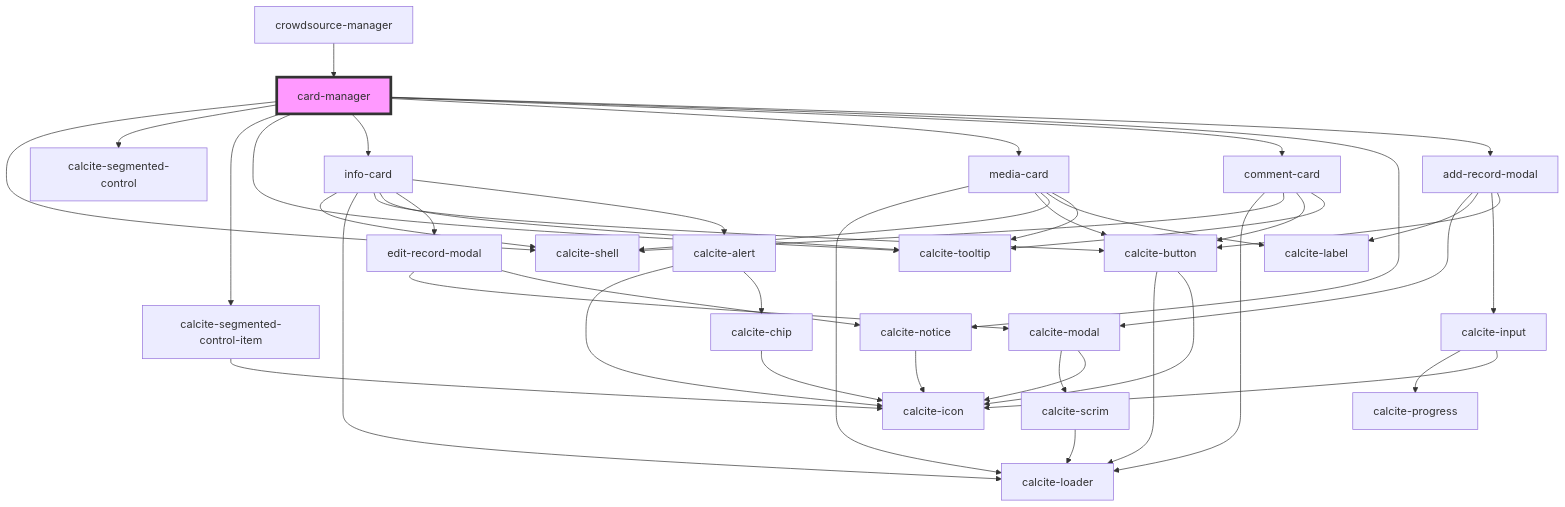
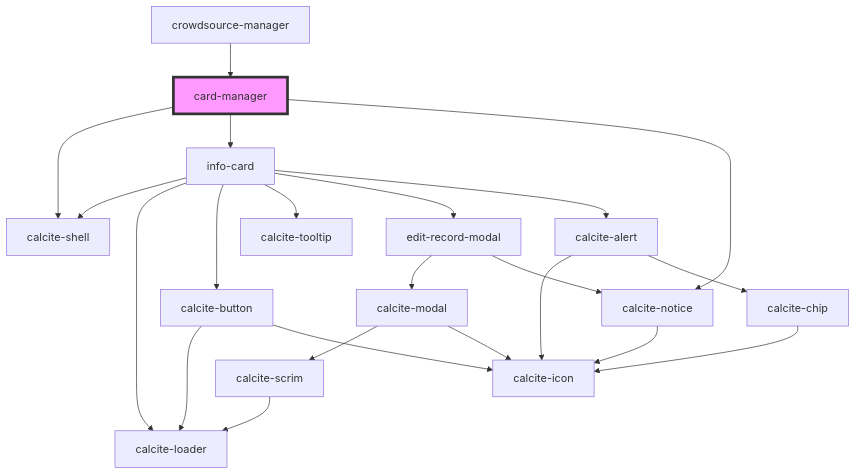
Before and after one commit to Esri/solutions-components: the diagram in src/components/card-manager/readme.md, drawn with Mermaid. The commit also changed other lines of this file and 7 other files, not shown here.

````diff
--- a/src/components/card-manager/readme.md
+++ b/src/components/card-manager/readme.md
@@ -36,47 +29,25 @@
 ```mermaid
 graph TD;
   card-manager --> calcite-shell
-  card-manager --> calcite-segmented-control
-  card-manager --> calcite-segmented-control-item
-  card-manager --> calcite-tooltip
   card-manager --> info-card
-  card-manager --> media-card
-  card-manager --> comment-card
   card-manager --> calcite-notice
-  card-manager --> add-record-modal
-  calcite-segmented-control-item --> calcite-icon
   info-card --> calcite-shell
   info-card --> calcite-loader
   info-card --> calcite-button
   info-card --> calcite-tooltip
   info-card --> edit-record-modal
   info-card --> calcite-alert
   calcite-button --> calcite-loader
   calcite-button --> calcite-icon
   edit-record-modal --> calcite-modal
   edit-record-modal --> calcite-notice
   calcite-modal --> calcite-scrim
   calcite-modal --> calcite-icon
   calcite-scrim --> calcite-loader
   calcite-notice --> calcite-icon
   calcite-alert --> calcite-icon
   calcite-alert --> calcite-chip
   calcite-chip --> calcite-icon
-  media-card --> calcite-loader
-  media-card --> calcite-button
-  media-card --> calcite-shell
-  media-card --> calcite-label
-  media-card --> calcite-tooltip
-  comment-card --> calcite-loader
-  comment-card --> calcite-shell
-  comment-card --> calcite-button
-  comment-card --> calcite-tooltip
-  add-record-modal --> calcite-modal
-  add-record-modal --> calcite-label
-  add-record-modal --> calcite-input
-  add-record-modal --> calcite-button
-  calcite-input --> calcite-progress
-  calcite-input --> calcite-icon
   crowdsource-manager --> card-manager
   style card-manager fill:#f9f,stroke:#333,stroke-width:4px
 ```
````
